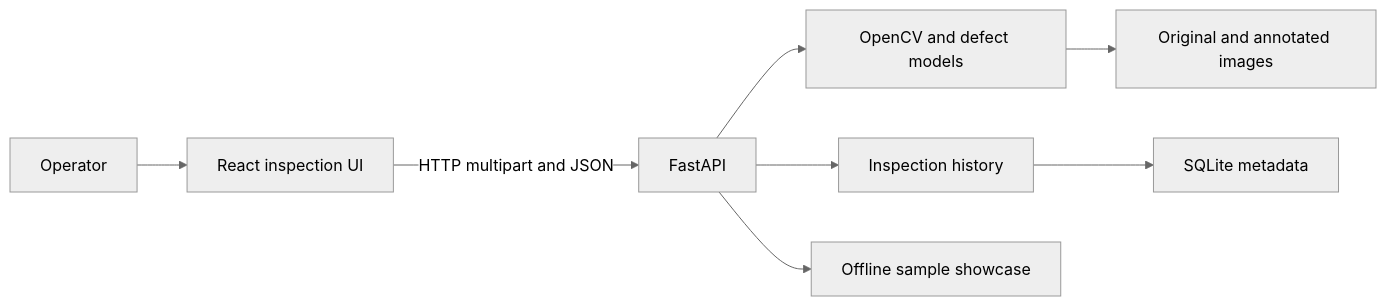
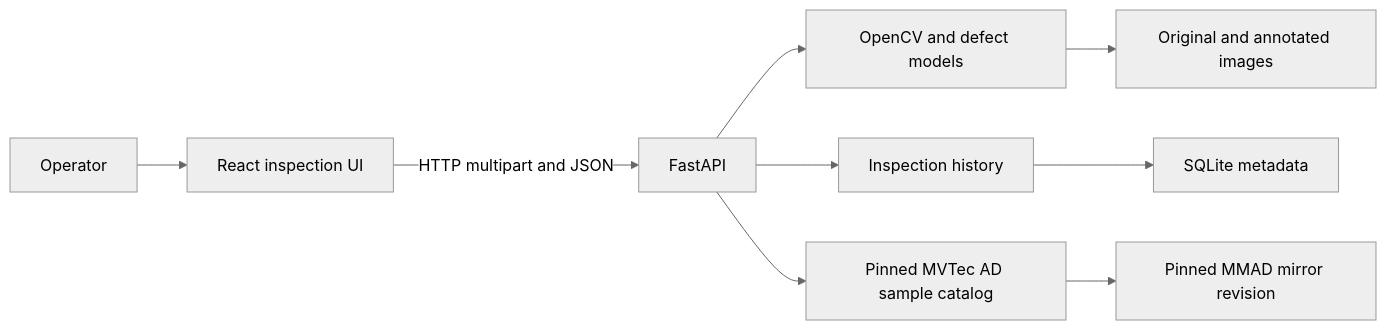
Before and after one commit to legion2440/inspect-vision: the first of 2 diagrams in ARCHITECTURE.md, drawn with Mermaid (neutral theme). The commit also changed other lines of this file and 55 other files, not shown here.

````diff
--- a/ARCHITECTURE.md
+++ b/ARCHITECTURE.md
@@ -14,10 +15,11 @@
 ```mermaid
 flowchart LR
     Operator["Operator"] --> Frontend["React inspection UI"]
     Frontend -->|"HTTP multipart and JSON"| API["FastAPI"]
     API --> Detection["OpenCV and defect models"]
     API --> History["Inspection history"]
-    API --> Samples["Offline sample showcase"]
+    API --> Samples["Pinned MVTec AD sample catalog"]
+    Samples --> Mirror["Pinned MMAD mirror revision"]
     Detection --> Media["Original and annotated images"]
     History --> Database["SQLite metadata"]
 ```
````
